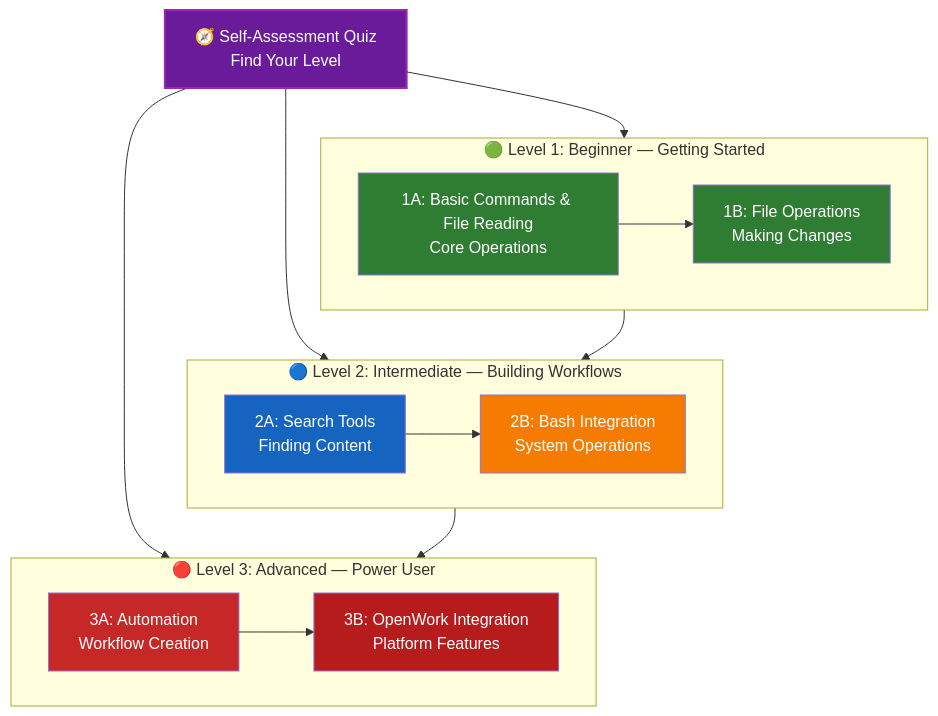
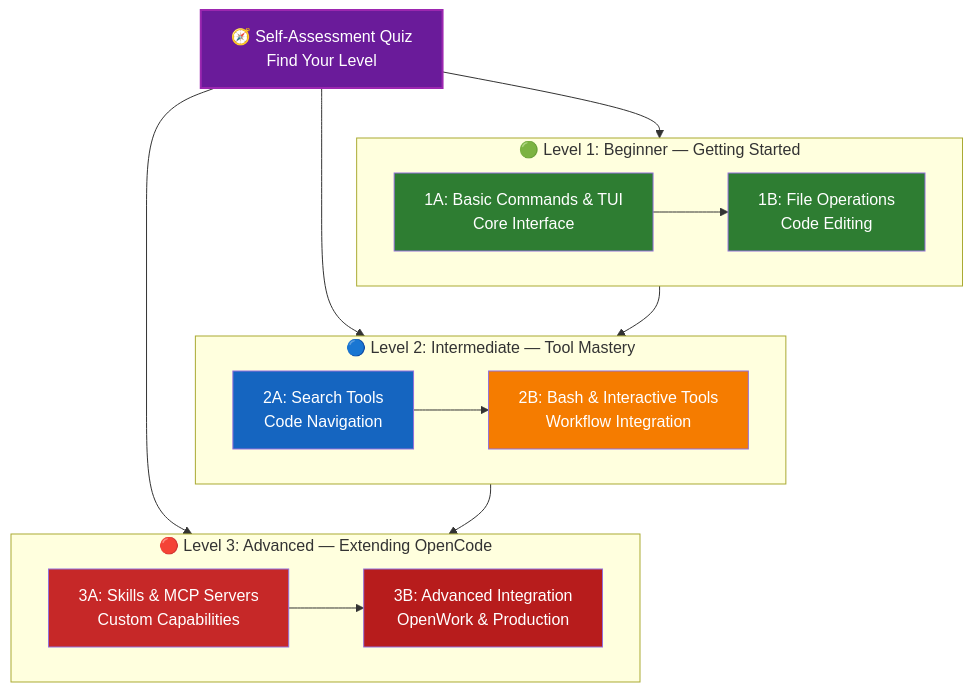
One commit to dxvidparham/opencode-primer changed the diagram in LEARNING-ROADMAP.md. Above: the diagram before and after it, drawn with Mermaid. The commit also changed other lines of this file and 16 other files, not shown here.

````diff
--- a/LEARNING-ROADMAP.md
+++ b/LEARNING-ROADMAP.md
@@ -48,32 +48,32 @@
 ```mermaid
 graph TD
     Q["🧭 Self-Assessment Quiz<br/>Find Your Level"] --> L1
     Q --> L2
     Q --> L3
 
     subgraph L1["🟢 Level 1: Beginner — Getting Started"]
         direction LR
-        A["1A: Basic Commands & File Reading<br/>Core Operations"] --> B["1B: File Operations<br/>Making Changes"]
+        A["1A: Basic Commands & TUI<br/>Core Interface"] --> B["1B: File Operations<br/>Code Editing"]
     end
 
-    subgraph L2["🔵 Level 2: Intermediate — Building Workflows"]
+    subgraph L2["🔵 Level 2: Intermediate — Tool Mastery"]
         direction LR
-        C["2A: Search Tools<br/>Finding Content"] --> D["2B: Bash Integration<br/>System Operations"]
+        C["2A: Search Tools<br/>Code Navigation"] --> D["2B: Bash & Interactive Tools<br/>Workflow Integration"]
     end
 
-    subgraph L3["🔴 Level 3: Advanced — Power User"]
+    subgraph L3["🔴 Level 3: Advanced — Extending OpenCode"]
         direction LR
-        E["3A: Automation<br/>Workflow Creation"] --> F["3B: OpenWork Integration<br/>Platform Features"]
+        E["3A: Skills & MCP Servers<br/>Custom Capabilities"] --> F["3B: Advanced Integration<br/>OpenWork & Production"]
     end
 
     L1 --> L2
     L2 --> L3
 
     style Q fill:#6A1B9A,color:#fff,stroke:#9C27B0,stroke-width:2px
     style A fill:#2E7D32,color:#fff
     style B fill:#2E7D32,color:#fff
     style C fill:#1565C0,color:#fff
     style D fill:#F57C00,color:#fff
     style E fill:#C62828,color:#fff
     style F fill:#B71C1C,color:#fff
 ```
````
